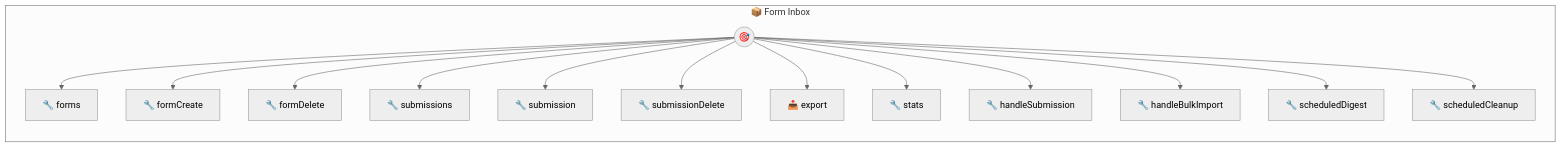
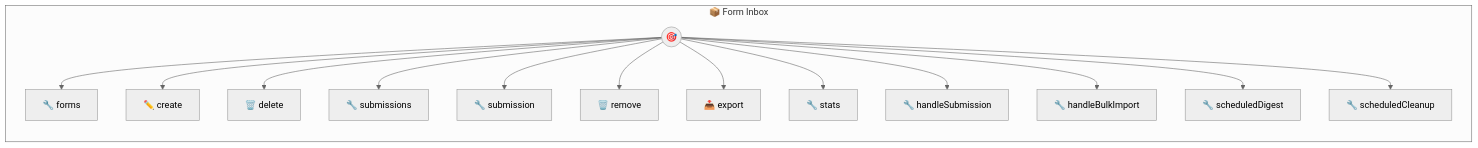
The diagram in form-inbox.md (portel-dev/photons), drawn with Mermaid (neutral theme) before and after one commit. The commit also changed other lines of this file and 20 other files, not shown here.

````diff
--- a/form-inbox.md
+++ b/form-inbox.md
@@ -155,31 +155,31 @@
 ```mermaid
 flowchart LR
     subgraph form_inbox["📦 Form Inbox"]
         direction TB
         PHOTON((🎯))
         T0[🔧 forms]
         PHOTON --> T0
-        T1[🔧 formCreate]
+        T1[✏️ create]
         PHOTON --> T1
-        T2[🔧 formDelete]
+        T2[🗑️ delete]
         PHOTON --> T2
         T3[🔧 submissions]
         PHOTON --> T3
         T4[🔧 submission]
         PHOTON --> T4
-        T5[🔧 submissionDelete]
+        T5[🗑️ remove]
         PHOTON --> T5
         T6[📥 export]
         PHOTON --> T6
         T7[🔧 stats]
         PHOTON --> T7
         T8[🔧 handleSubmission]
         PHOTON --> T8
         T9[🔧 handleBulkImport]
         PHOTON --> T9
         T10[🔧 scheduledDigest]
         PHOTON --> T10
         T11[🔧 scheduledCleanup]
         PHOTON --> T11
     end
 ```
````
